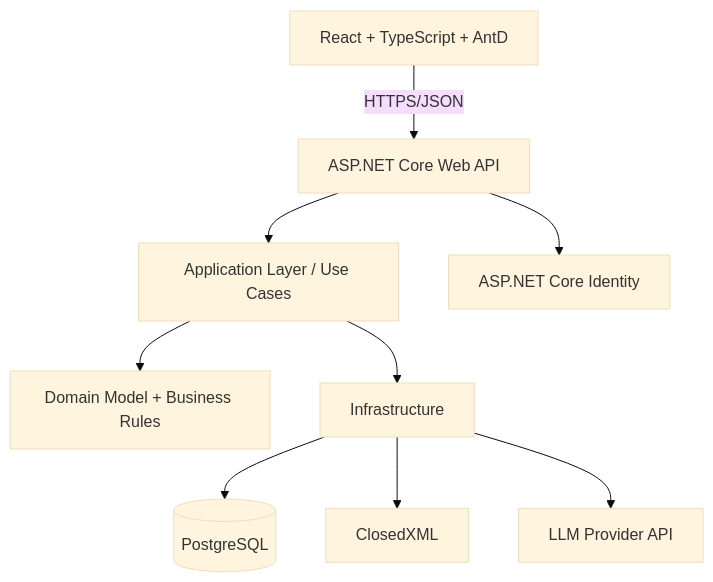
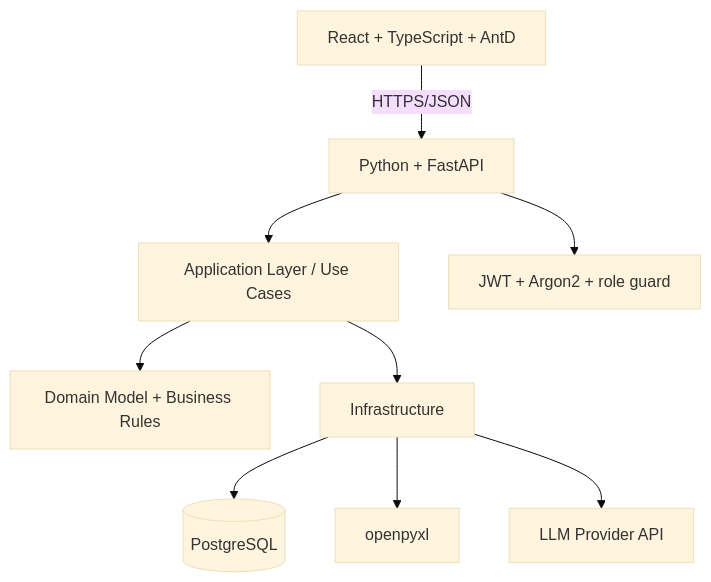
Before and after one commit to kiennguyen7805/dormitory: the diagram in docs/02-cau-truc-du-an.md, drawn with Mermaid (base theme). The commit also changed other lines of this file and 114 other files, not shown here.

````diff
--- a/docs/02-cau-truc-du-an.md
+++ b/docs/02-cau-truc-du-an.md
@@ -29,11 +29,11 @@
 ```mermaid
 flowchart TB
-    Browser[React + TypeScript + AntD] -->|HTTPS/JSON| API[ASP.NET Core Web API]
+    Browser[React + TypeScript + AntD] -->|HTTPS/JSON| API[Python + FastAPI]
     API --> APP[Application Layer / Use Cases]
     APP --> DOMAIN[Domain Model + Business Rules]
     APP --> INFRA[Infrastructure]
     INFRA --> PG[(PostgreSQL)]
-    INFRA --> XLSX[ClosedXML]
+    INFRA --> XLSX[openpyxl]
     INFRA --> LLM[LLM Provider API]
-    API --> AUTH[ASP.NET Core Identity]
+    API --> AUTH[JWT + Argon2 + role guard]
 ```
````
